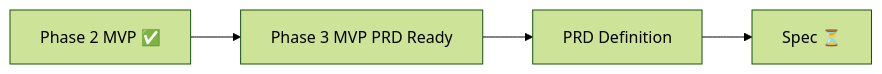
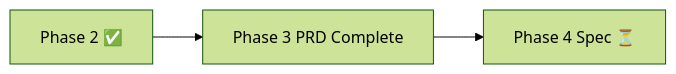
The diagram in docs/00_Project/Project_Dashboard.md (LeapMaCoder/ai-engineer-os), drawn with Mermaid (forest theme) before and after one commit. The commit also changed other lines of this file and 12 other files, not shown here.

Commit message:
docs: define LeapMa MVP problem and PRD

````diff
--- a/docs/00_Project/Project_Dashboard.md
+++ b/docs/00_Project/Project_Dashboard.md
@@ -31,6 +28,5 @@
 ```mermaid
 flowchart LR
-  P2[Phase 2 MVP ✅] --> P3[Phase 3 MVP PRD Ready]
-  P3 --> PRD[PRD Definition]
-  PRD --> Spec[Spec ⏳]
+  P2[Phase 2 ✅] --> P3[Phase 3 PRD Complete]
+  P3 --> P4[Phase 4 Spec ⏳]
 ```
````
